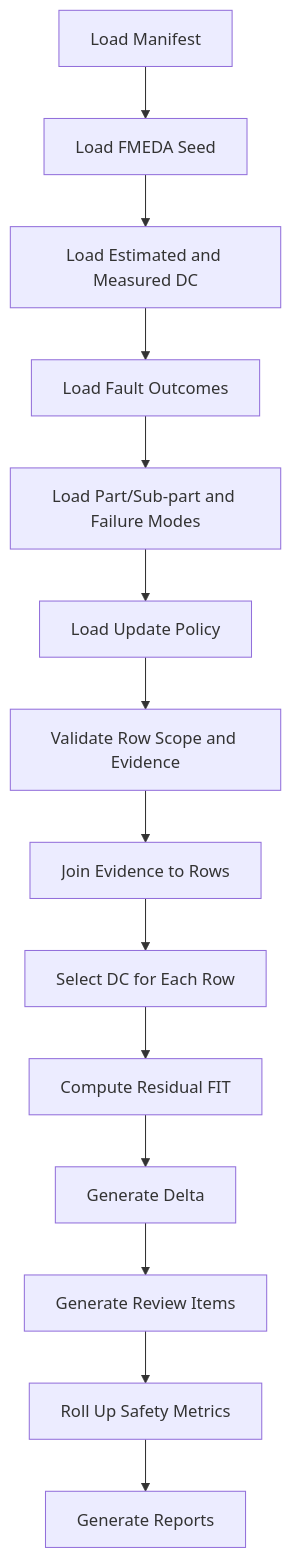
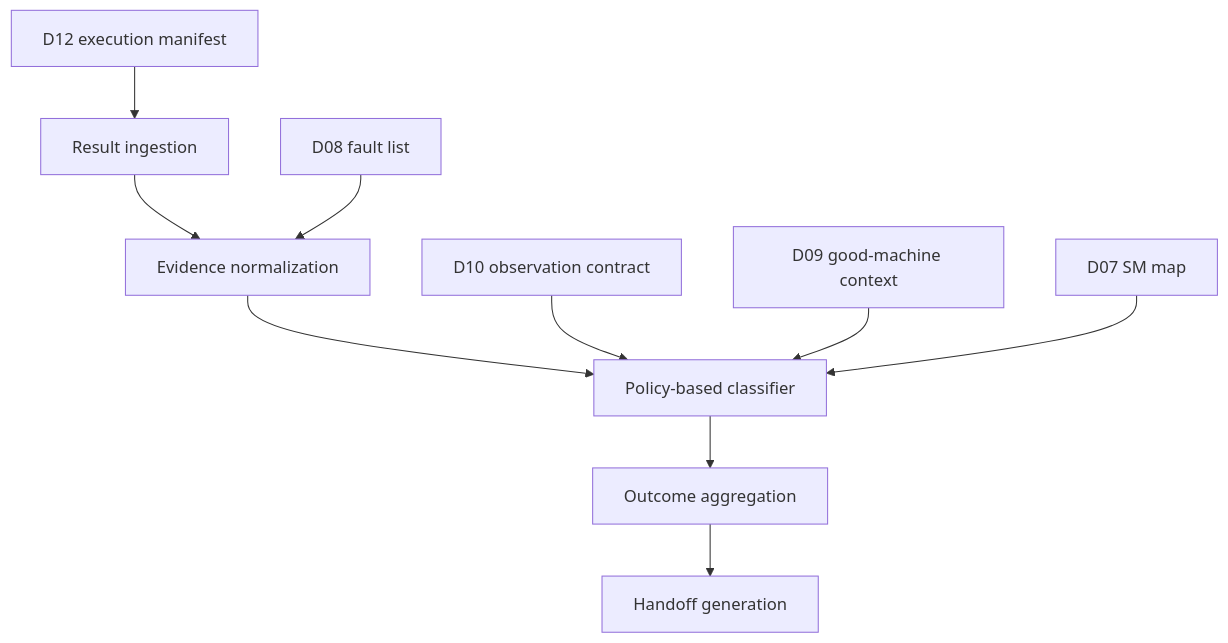
Before and after one commit to qiqixixi1001/automotive-safeic-practice: the ninth of 10 diagrams in articles/13_automotive_safeic_practice_d13_github_en_fmeda_update.md, drawn with Mermaid. The commit also changed other lines of this file, not shown here.

````diff
--- a/articles/13_automotive_safeic_practice_d13_github_en_fmeda_update.md
+++ b/articles/13_automotive_safeic_practice_d13_github_en_fmeda_update.md
@@ -1089,16 +811,12 @@
 ```mermaid
 flowchart TD
-    A[Load Manifest] --> B[Load FMEDA Seed]
-    B --> C[Load Estimated and Measured DC]
-    C --> D[Load Fault Outcomes]
-    D --> E[Load Part/Sub-part and Failure Modes]
-    E --> F[Load Update Policy]
-    F --> G[Validate Row Scope and Evidence]
-    G --> H[Join Evidence to Rows]
-    H --> I[Select DC for Each Row]
-    I --> J[Compute Residual FIT]
-    J --> K[Generate Delta]
-    K --> L[Generate Review Items]
-    L --> M[Roll Up Safety Metrics]
-    M --> N[Generate Reports]
+    A[Result ingestion] --> B[Evidence normalization]
+    B --> C[Policy-based classifier]
+    C --> D[Outcome aggregation]
+    D --> E[Handoff generation]
+    F[D10 observation contract] --> C
+    G[D09 good-machine context] --> C
+    H[D07 SM map] --> C
+    I[D08 fault list] --> B
+    J[D12 execution manifest] --> A
 ```
````
